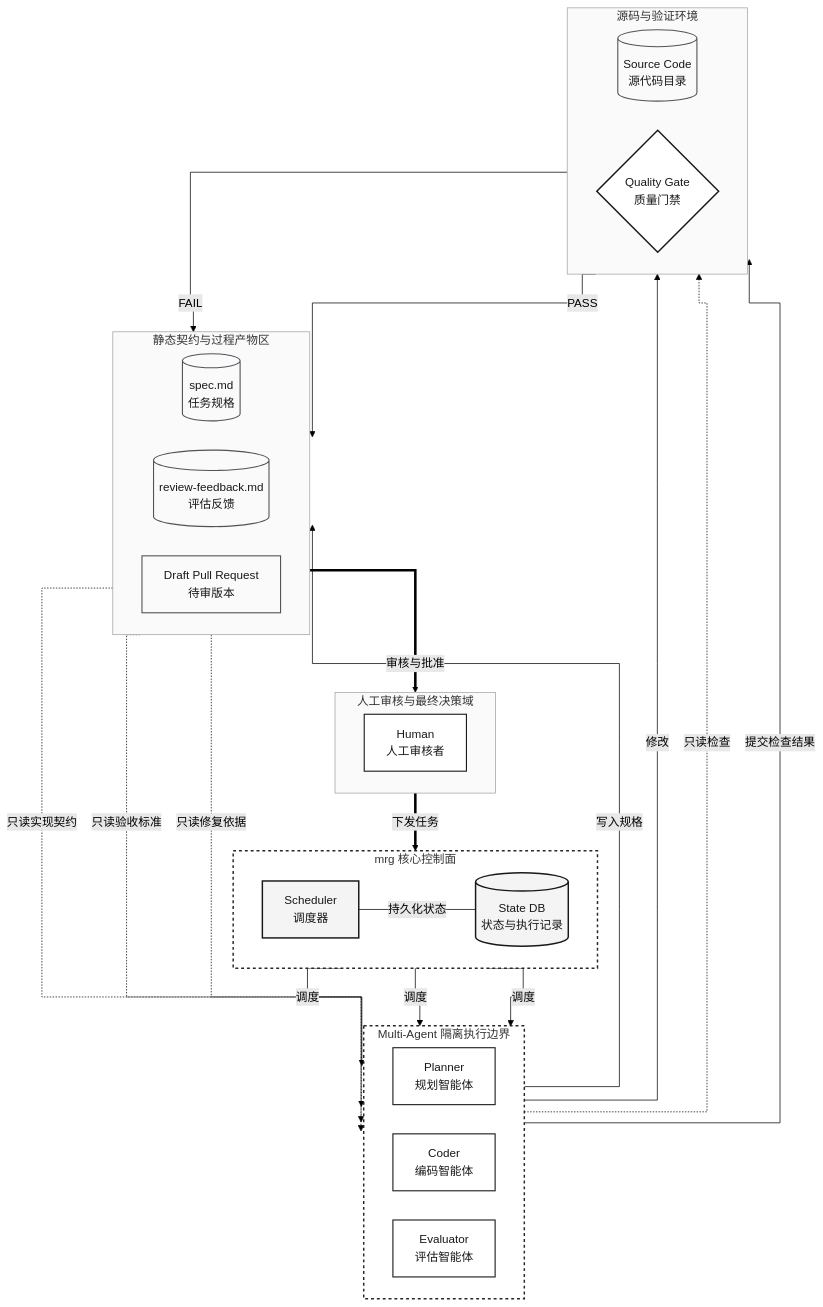
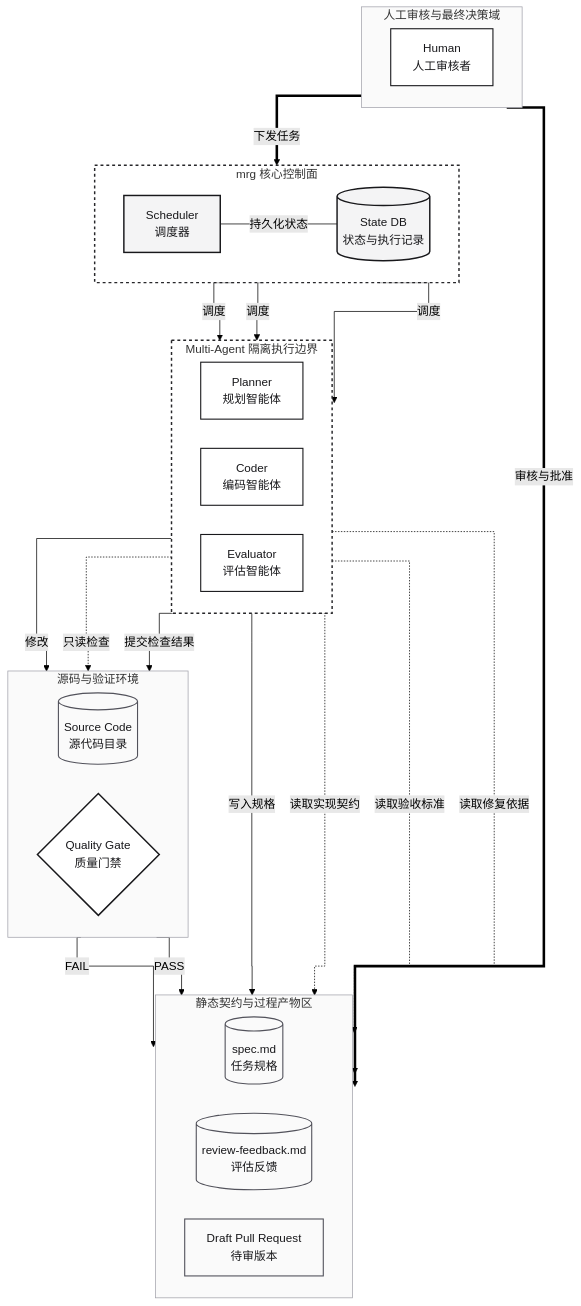
One commit to Hwak110/mrg changed the first of 2 diagrams in ARCHITECTURE.md. Above: the diagram before and after it, drawn with Mermaid (forest theme).

Commit message:
docs: stabilize topology diagram layout

````diff
--- a/ARCHITECTURE.md
+++ b/ARCHITECTURE.md
@@ -7,69 +7,69 @@
 ```mermaid
 %%{init: {"flowchart": {"curve": "stepAfter", "nodeSpacing": 40, "rankSpacing": 55}}}%%
 graph TB
     subgraph HUMAN_DOMAIN["人工审核与最终决策域"]
         direction LR
         Human["Human<br/>人工审核者"]
     end
 
     subgraph CONTROL_PLANE["mrg 核心控制面"]
         direction LR
         Scheduler["Scheduler<br/>调度器"]
         StateDB[("State DB<br/>状态与执行记录")]
     end
 
     subgraph AGENT_SANDBOXES["Multi-Agent 隔离执行边界"]
         direction LR
         Planner["Planner<br/>规划智能体"]
         Coder["Coder<br/>编码智能体"]
         Evaluator["Evaluator<br/>评估智能体"]
     end
 
     subgraph ARTIFACTS_ZONE["静态契约与过程产物区"]
         direction LR
         Spec[("spec.md<br/>任务规格")]
         Feedback[("review-feedback.md<br/>评估反馈")]
         PullRequest["Draft Pull Request<br/>待审版本"]
     end
 
     subgraph RUNTIME_ENVIRONMENT["源码与验证环境"]
         direction LR
         SourceCode[("Source Code<br/>源代码目录")]
         QualityGate{"Quality Gate<br/>质量门禁"}
     end
 
     Human ==>|"下发任务"| Scheduler
     Scheduler ---|"持久化状态"| StateDB
 
     Scheduler -->|"调度"| Planner
     Scheduler -->|"调度"| Coder
     Scheduler -->|"调度"| Evaluator
 
     Planner -->|"写入规格"| Spec
-    Spec -.->|"只读实现契约"| Coder
-    Spec -.->|"只读验收标准"| Evaluator
+    Coder -.->|"读取实现契约"| Spec
+    Evaluator -.->|"读取验收标准"| Spec
 
     Coder -->|"修改"| SourceCode
     Evaluator -.->|"只读检查"| SourceCode
     Evaluator -->|"提交检查结果"| QualityGate
 
     QualityGate -->|"FAIL"| Feedback
-    Feedback -.->|"只读修复依据"| Coder
+    Coder -.->|"读取修复依据"| Feedback
     QualityGate -->|"PASS"| PullRequest
-    PullRequest ==>|"审核与批准"| Human
+    Human ==>|"审核与批准"| PullRequest
 
     classDef default fill:#ffffff,stroke:#18181b,stroke-width:1.5px,color:#18181b;
     classDef control fill:#f4f4f5,stroke:#18181b,stroke-width:2px,color:#18181b;
     classDef artifact fill:#fafafa,stroke:#52525b,stroke-width:1.5px,color:#18181b;
     classDef gate fill:#ffffff,stroke:#18181b,stroke-width:2px,color:#18181b;
 
     class Scheduler,StateDB control;
     class Spec,Feedback,PullRequest,SourceCode artifact;
     class QualityGate gate;
 
     style HUMAN_DOMAIN fill:#fafafa,stroke:#a1a1aa,stroke-width:1px
     style CONTROL_PLANE fill:#ffffff,stroke:#27272a,stroke-width:2px,stroke-dasharray:4 4
     style AGENT_SANDBOXES fill:#ffffff,stroke:#27272a,stroke-width:2px,stroke-dasharray:4 4
     style ARTIFACTS_ZONE fill:#fafafa,stroke:#a1a1aa,stroke-width:1px
     style RUNTIME_ENVIRONMENT fill:#fafafa,stroke:#a1a1aa,stroke-width:1px
 ```
````
